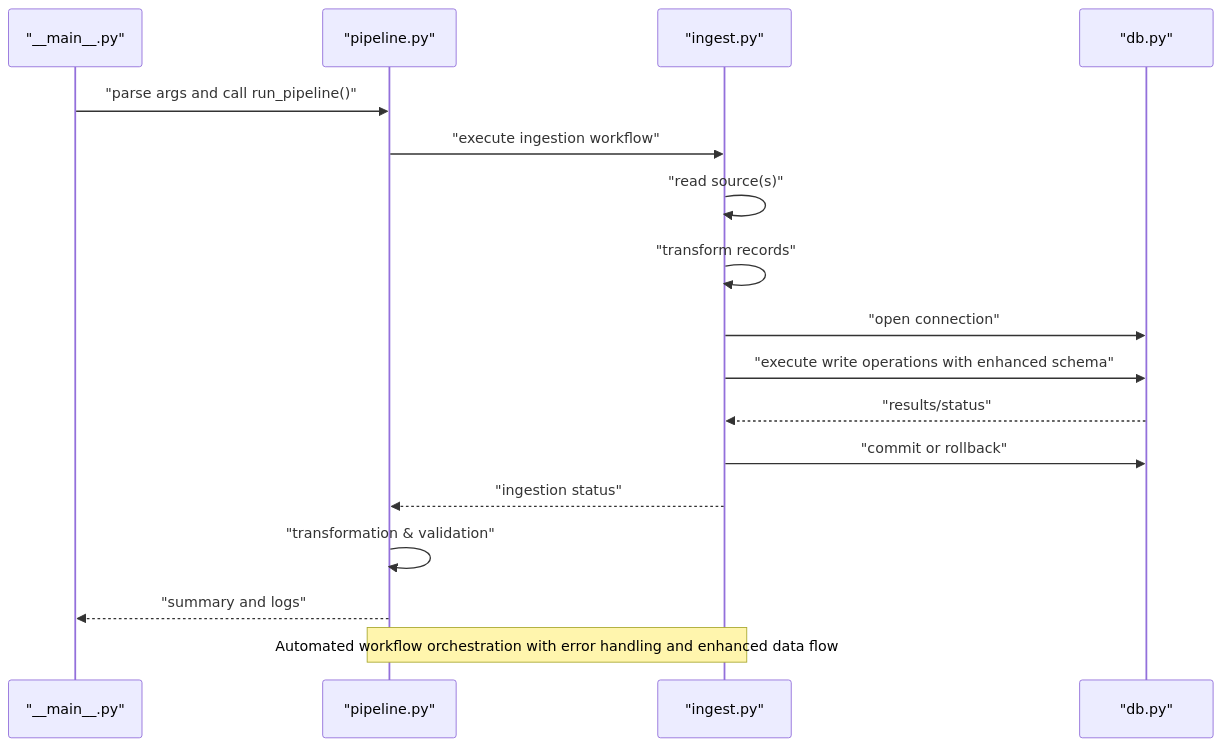
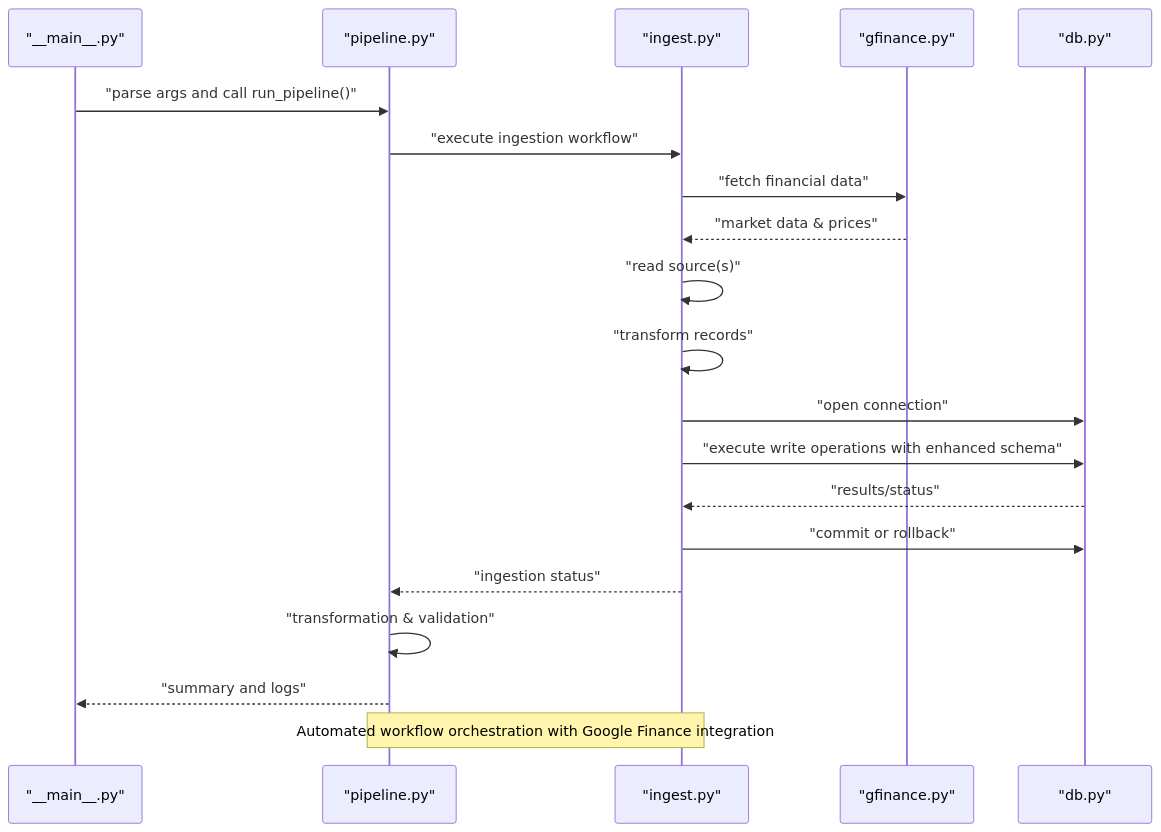
Before and after one commit to ZengSeng/telegram-bot: the second of 11 diagrams in .qoder/repowiki/en/content/Core Components/Data Engineering Module/Data Engineering Module.md, drawn with Mermaid. The commit also changed other lines of this file and 8 other files, not shown here.

````diff
--- a/.qoder/repowiki/en/content/Core Components/Data Engineering Module/Data Engineering Module.md
+++ b/.qoder/repowiki/en/content/Core Components/Data Engineering Module/Data Engineering Module.md
@@ -110,19 +131,22 @@
 ```mermaid
 sequenceDiagram
 participant CLI as "__main__.py"
 participant Pipeline as "pipeline.py"
 participant Ingest as "ingest.py"
+participant GF as "gfinance.py"
 participant DB as "db.py"
 CLI->>Pipeline : "parse args and call run_pipeline()"
 Pipeline->>Ingest : "execute ingestion workflow"
+Ingest->>GF : "fetch financial data"
+GF-->>Ingest : "market data & prices"
 Ingest->>Ingest : "read source(s)"
 Ingest->>Ingest : "transform records"
 Ingest->>DB : "open connection"
 Ingest->>DB : "execute write operations with enhanced schema"
 DB-->>Ingest : "results/status"
 Ingest->>DB : "commit or rollback"
 Ingest-->>Pipeline : "ingestion status"
 Pipeline->>Pipeline : "transformation & validation"
 Pipeline-->>CLI : "summary and logs"
-Note over Pipeline,Ingest : Automated workflow orchestration with error handling and enhanced data flow
+Note over Pipeline,Ingest : Automated workflow orchestration with Google Finance integration
 ```
````
